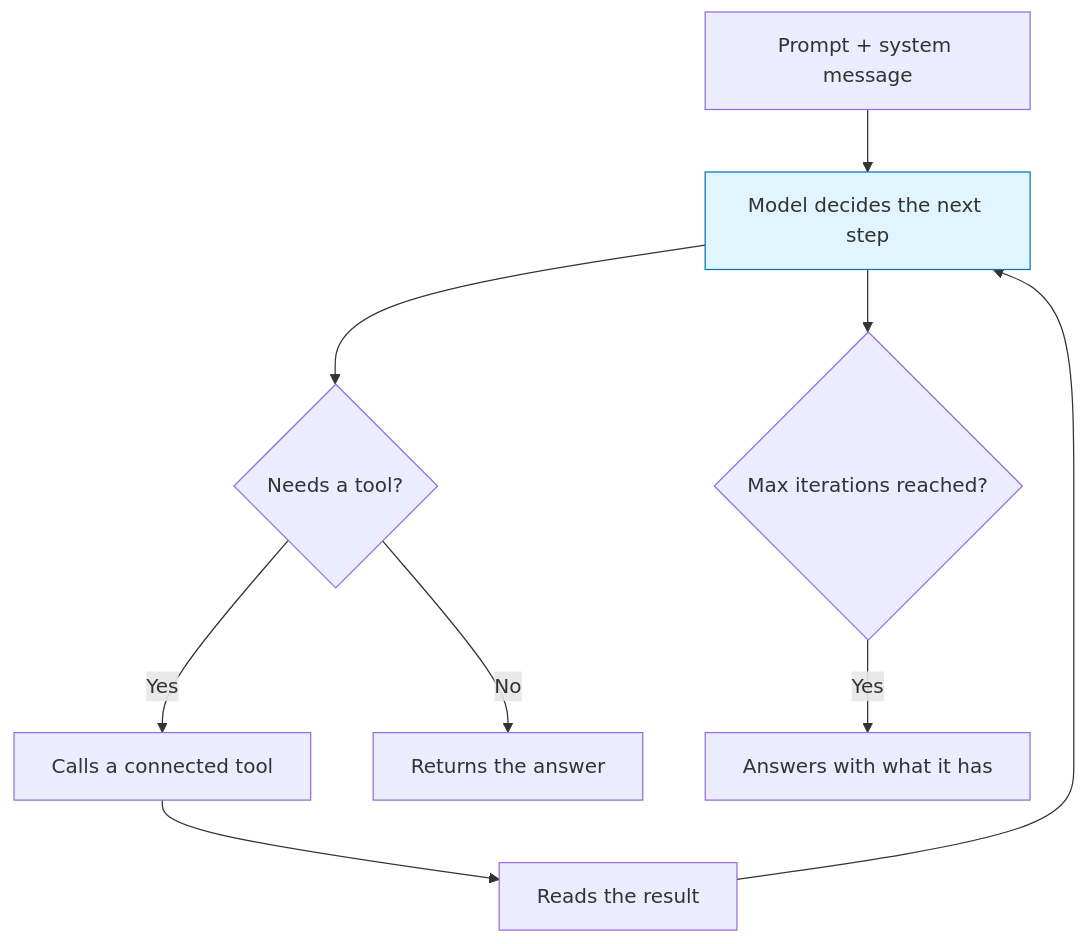
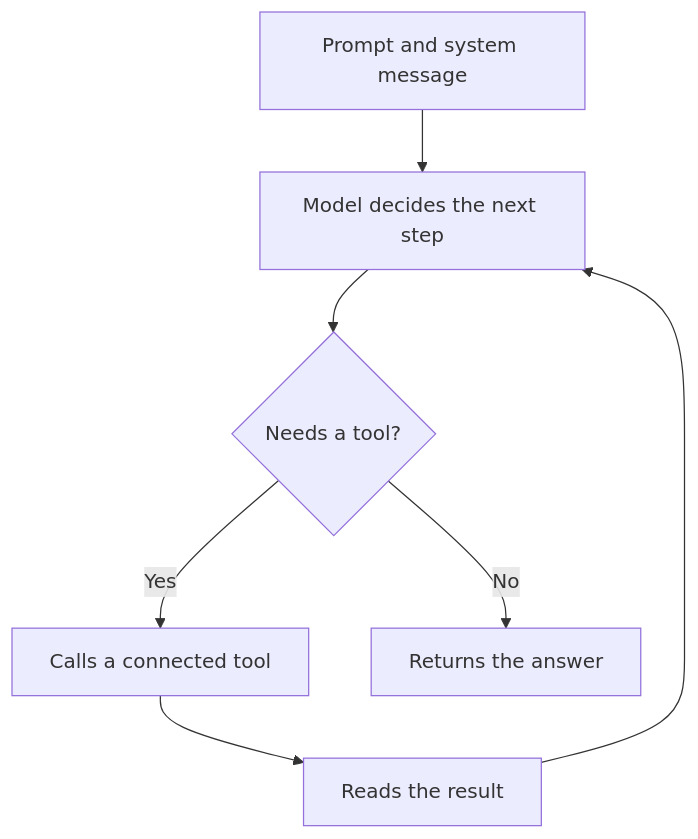
The diagram in src/content/docs/concepts/ai/ai-agents.mdx (agentic-com/Agentic-Flow-Doc), drawn with Mermaid before and after one commit. The commit also changed other lines of this file and 36 other files, not shown here.

````diff
--- a/src/content/docs/concepts/ai/ai-agents.mdx
+++ b/src/content/docs/concepts/ai/ai-agents.mdx
@@ -19,13 +93,11 @@
 ```mermaid
 flowchart TD
-  Goal["Prompt + system message"] --> Decide["Model decides the next step"]
-  Decide --> Tool{"Needs a tool?"}
-  Tool -->|Yes| Call["Calls a connected tool"]
-  Call --> Result["Reads the result"]
-  Result --> Decide
-  Tool -->|No| Answer["Returns the answer"]
-  Decide --> Stop{"Max iterations reached?"}
-  Stop -->|Yes| Partial["Answers with what it has"]
-
-  style Decide fill:#e1f5fe,stroke:#0277bd
+  Goal[Prompt and system message] --> Decide[Model decides the next step]
+  Decide --> Tool{Needs a tool?}
+  Tool -->|Yes| Call[Calls a connected tool] --> Result[Reads the result] --> Decide
+  Tool -->|No| Answer[Returns the answer]
+  class Decide awf-ai
+  class Tool awf-flow
+  class Call awf-io
+  class Answer awf-ok
 ```
````
